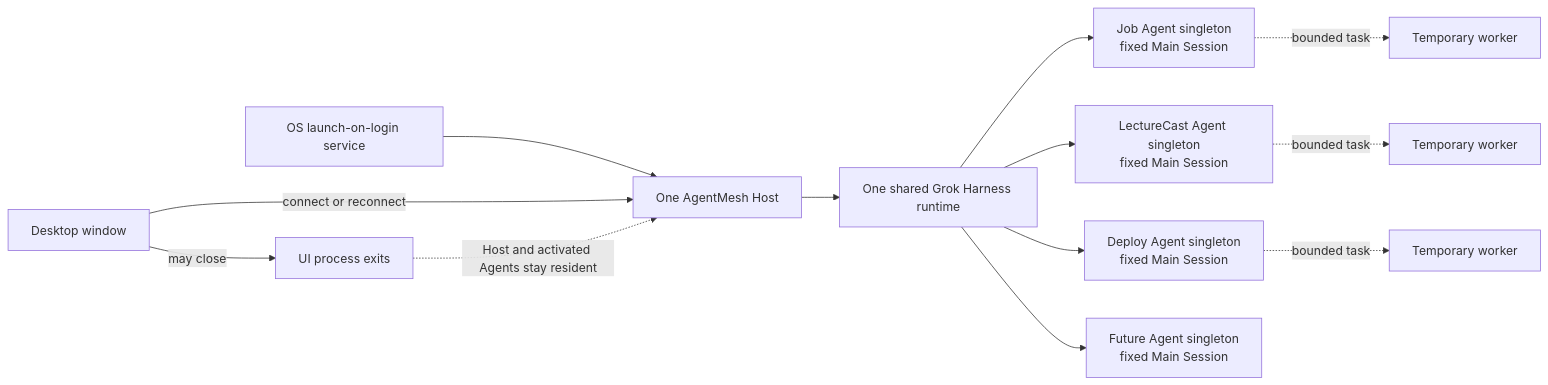
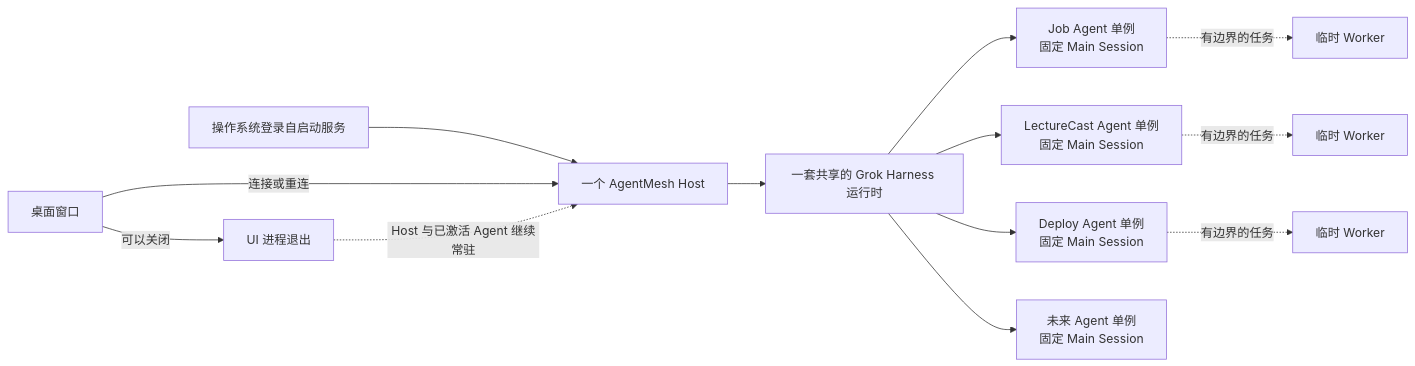
The fourth of 8 diagrams in docs/architecture/PRODUCT_BLUEPRINT.md (jiyangnan/AgentMesh360-Client), drawn with Mermaid before and after one commit. The commit also changed other lines of this file and 2 other files, not shown here.

````diff
--- a/docs/architecture/PRODUCT_BLUEPRINT.md
+++ b/docs/architecture/PRODUCT_BLUEPRINT.md
@@ -248,17 +245,17 @@
 ```mermaid
 flowchart LR
-    LAUNCHD["OS launch-on-login service"] --> HOST["One AgentMesh Host"]
-    HOST --> RUNTIME["One shared Grok Harness runtime"]
-    RUNTIME --> J["Job Agent singleton\nfixed Main Session"]
-    RUNTIME --> L["LectureCast Agent singleton\nfixed Main Session"]
-    RUNTIME --> D["Deploy Agent singleton\nfixed Main Session"]
-    RUNTIME --> F["Future Agent singleton\nfixed Main Session"]
+    LAUNCHD["操作系统登录自启动服务"] --> HOST["一个 AgentMesh Host"]
+    HOST --> RUNTIME["一套共享的 Grok Harness 运行时"]
+    RUNTIME --> J["Job Agent 单例\n固定 Main Session"]
+    RUNTIME --> L["LectureCast Agent 单例\n固定 Main Session"]
+    RUNTIME --> D["Deploy Agent 单例\n固定 Main Session"]
+    RUNTIME --> F["未来 Agent 单例\n固定 Main Session"]
 
-    J -. "bounded task" .-> W1["Temporary worker"]
-    L -. "bounded task" .-> W2["Temporary worker"]
-    D -. "bounded task" .-> W3["Temporary worker"]
+    J -. "有边界的任务" .-> W1["临时 Worker"]
+    L -. "有边界的任务" .-> W2["临时 Worker"]
+    D -. "有边界的任务" .-> W3["临时 Worker"]
 
-    UI["Desktop window"] -->|"connect or reconnect"| HOST
-    UI -->|"may close"| CLOSED["UI process exits"]
-    CLOSED -. "Host and activated Agents stay resident" .-> HOST
+    UI["桌面窗口"] -->|"连接或重连"| HOST
+    UI -->|"可以关闭"| CLOSED["UI 进程退出"]
+    CLOSED -. "Host 与已激活 Agent 继续常驻" .-> HOST
 ```
````
